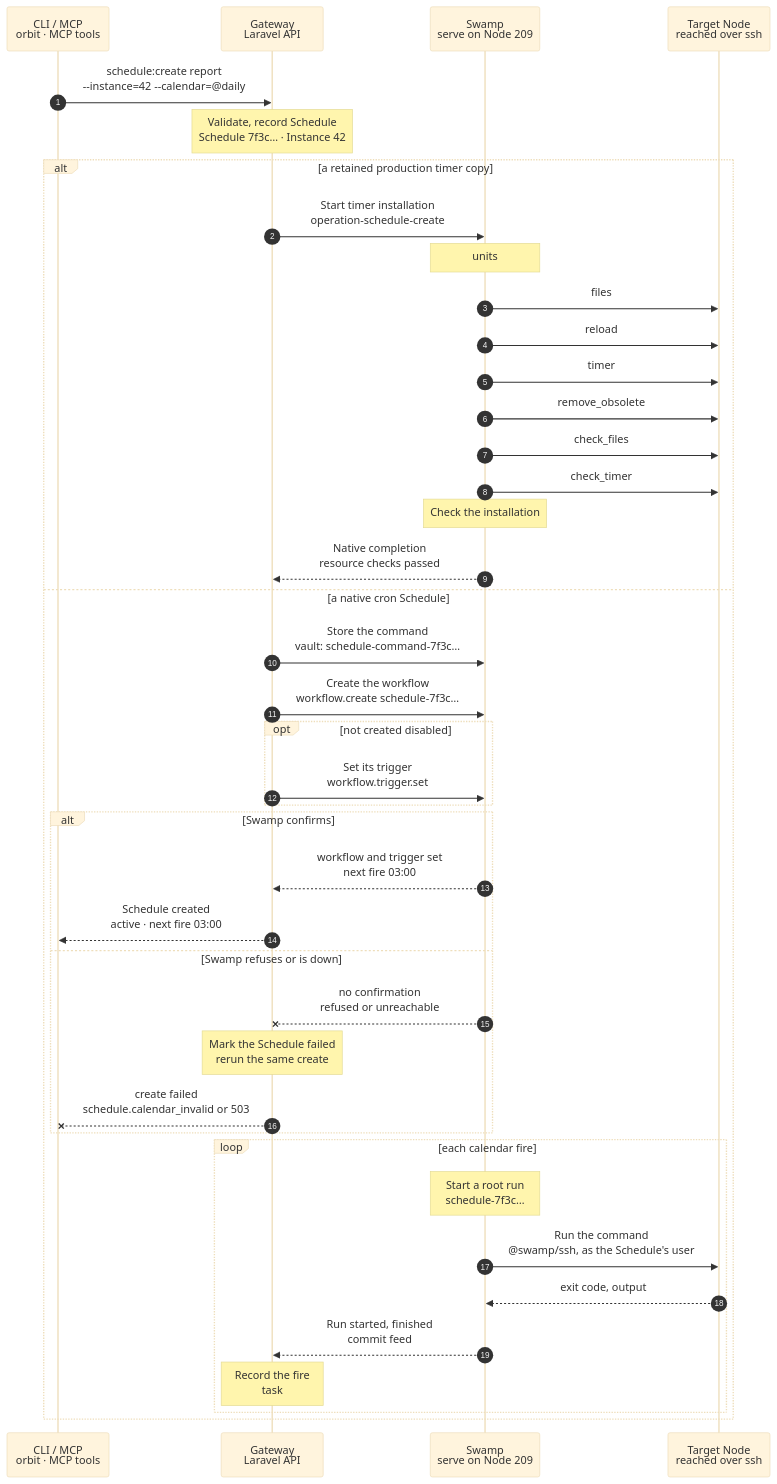
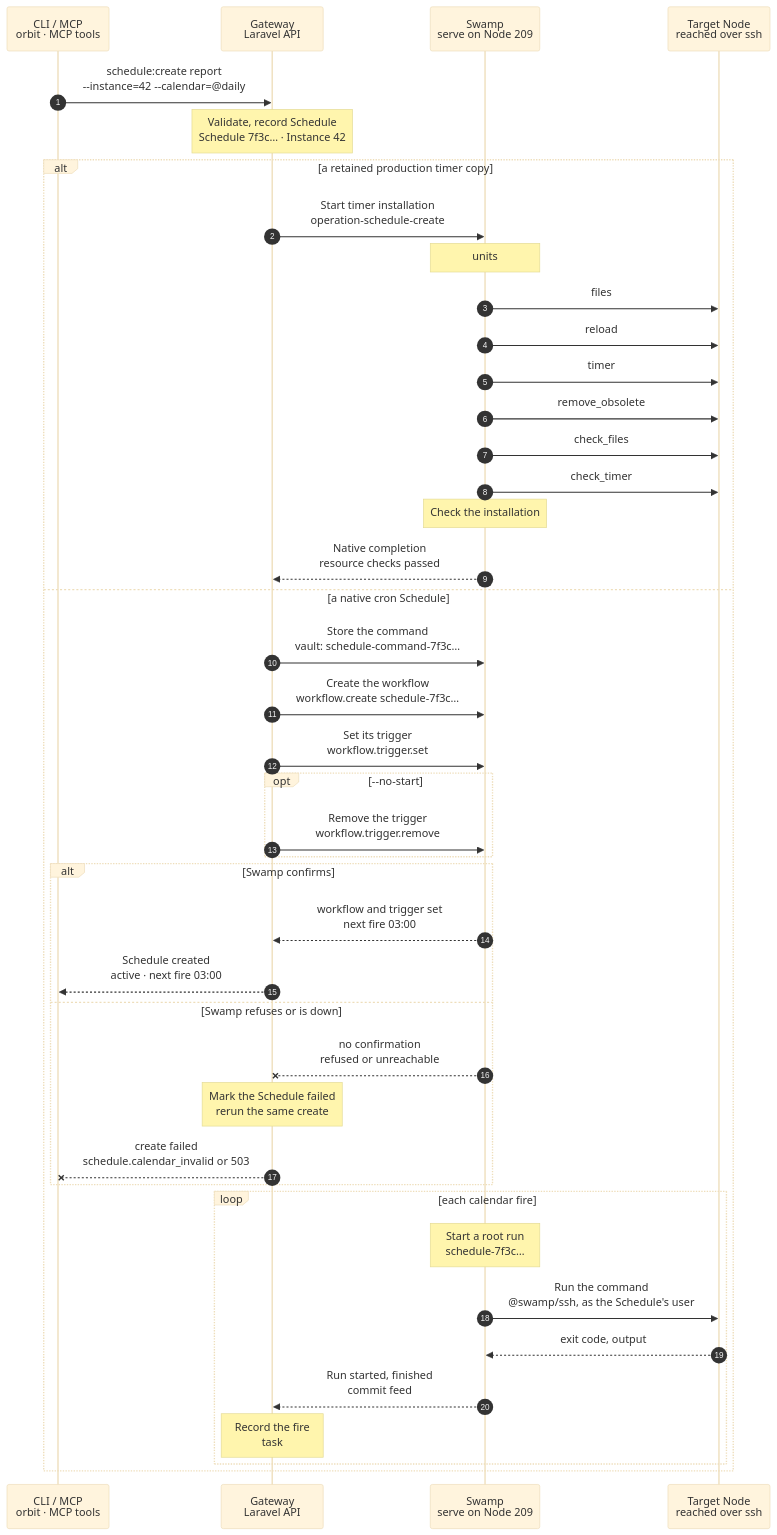
The diagram in docs/cli/schedule/create.mmd (hardimpactdev/orbit), drawn with Mermaid (base theme) before and after one commit. The commit also changed 5 other files, not shown here.

First line of the commit message:
docs(cli): draw route and schedule charts with a required-only main path

```diff
--- a/docs/cli/schedule/create.mmd
+++ b/docs/cli/schedule/create.mmd
@@ -1,154 +1,162 @@
 sequenceDiagram
   %% Target design: ADR 0244 native Swamp schedules, one Swamp workflow per Schedule (Nick 2026-11-02), retained production Node timers use official resources; R1-R3 and rule 14.
+  %% Rule 23: 2026-11-03 required-only main path.
   %% status: migrated
   %% command: schedule:create
   %% kind: schedule.create
   autonumber
   %% lane CLI icon=terminal pill=caller tone=gray
   %% lane GW icon=gateway pill=intent tone=blue
   %% lane SW icon=workflow pill=executes tone=green
   %% lane N icon=server pill=target tone=amber
   participant CLI as CLI / MCP<br/>orbit · MCP tools
   participant GW as Gateway<br/>Laravel API
   participant SW as Swamp<br/>serve on Node 209
   participant N as Target Node<br/>reached over ssh
   CLI->>GW: schedule:create report<br/>--instance=42 --calendar=@daily
   %%> Command:
-  %%> - `orbit schedule:create report --instance=42 --calendar='0 3 * * *' --command='php artisan report:send' --timeout=600`
+  %%> - `orbit schedule:create report --instance=42 --calendar='0 3 * * *' --command='php artisan report:send'`
   %%> - syntax: `<name> (--node=ID | --instance=ID | --project=ID --for=production) --calendar=CALENDAR --command=COMMAND [--timeout=SECONDS] [--no-start] [--idempotency-key=KEY]`
   %%> Input:
   %%> - the name as the argument, unique for its Node or Instance
   %%> - exactly one owner: a Node, an Instance, or a Project definition
-  %%> - the calendar, the command line and the timeout (default 3,600 seconds)
+  %%> - the calendar and the command line
   %%> Calendar:
   %%> - a cron expression, the format Swamp schedules use, for example `0 3 * * *`, a 6-field form with seconds such as `20 * * * * *`, or a shorthand such as `@hourly` or `@daily`
   %%> - it fires in serve's time zone (UTC); a Swamp trigger carries no time zone
   %%> - existing systemd calendars are converted once during the migration
-  %%> - optionally `--no-start`, to create a Node or Instance Schedule disabled
+  %%> Optional:
+  %%> - `--timeout=SECONDS`: the execution timeout; the default is 3,600 seconds; it adds no step
+  %%> - `--no-start`: create a Node or Instance Schedule disabled; it removes the trigger instead of setting it
+  %%> - `--idempotency-key` and `--json` change no step
   %%> Who can call it:
   %%> - the `orbit` CLI and the MCP tool send the same request
   Note over GW: Validate, record Schedule<br/>Schedule 7f3c… · Instance 42
   %%> Requirements:
   %%> - your Node has an access grant to Node 12, which runs Instance 42
   %%> - Instance 42 is active; a production Instance has a selected release
   %%> - the name, calendar, command and timeout are valid
   %%> - Instance 42 has no Schedule with this name and another specification (`schedule.retry_conflict`)
   %%> Derives from the Placement:
   %%> - the user, the working directory and the shell the command runs with
   %%> Result:
   %%> - Schedule 7f3c… recorded, with its desired state `enabled`, or `disabled` with `--no-start`
   %%> - an identical create returns the existing Schedule
   %%> With `--project`:
   %%> - only a Project Schedule definition is recorded (R1); the answer comes at once
   %%> - production preparation later copies it into a disabled Instance Schedule; a cron calendar makes a native copy, a systemd calendar a Node timer
   %%> Exception:
   %%> - production's per-minute schedulers (`laravel-scheduler`, `powersync-health`) keep their systemd timer on the Node until the serve load and outage test passes (ADR 0244)
   %%> - all other Node and Instance Schedules are native Swamp schedules on 209
   alt a retained production timer copy
     GW->>SW: Start timer installation<br/>operation-schedule-create
     %%> Inputs:
     %%> - the captured public Schedule intent for the Node timer exception
     Note over SW: units
     %%> What it does:
     %%> - render the public service and timer units without command bytes
     SW->>N: files
     %%> What it does:
     %%> - apply both unit files through official file resources
     SW->>N: reload
     %%> What it does:
     %%> - reload systemd after the unit files are written
     SW->>N: timer
     %%> What it does:
     %%> - apply the captured enabled and running state through official systemd
     SW->>N: remove_obsolete
     %%> What it does:
     %%> - remove the obsolete script and completion files through official file resources
     SW->>N: check_files
     %%> What it does:
     %%> - check both unit files and the absence of the two obsolete files
     SW->>N: check_timer
     %%> What it does:
     %%> - check the captured timer state through official systemd
     Note over SW: Check the installation
     %%> What it does:
     %%> - native assert requires every resource check to be compliant
     SW-->>GW: Native completion<br/>resource checks passed
     %%> Result:
     %%> - the Gateway records readiness from the same terminal history read
   else a native cron Schedule
     GW->>SW: Store the command<br/>vault: schedule-command-7f3c…
     %%> What it does:
     %%> - pushes the command line to a Swamp vault key on 209 (R3)
     %%> Why:
     %%> - the command is operator input; it never goes into workflow files, run inputs or step output
     GW->>SW: Create the workflow<br/>workflow.create schedule-7f3c…
     %%> What it does:
     %%> - creates one small Swamp workflow for this Schedule on serve (Node 209), then writes its content with `workflow.edit`
     %%> - its one step calls the shared `task-command-run` as a nested workflow
     %%> - nothing is installed on Node 12; there is no Node work, so no run starts (R1)
     %%> Fixed inside:
     %%> - the full intent: Schedule 7f3c…, Node 12's address and SSH host keys, the user, the working directory, the shell and the timeout
     %%> - the command's vault key name, never the command itself
     %%> Stored:
     %%> - in serve's `workflows/` directory beside the checked-in workflows; a release load keeps it
     %%> - the Gateway's Schedule record stays the source; an identical create writes it again
-    opt not created disabled
-      GW->>SW: Set its trigger<br/>workflow.trigger.set
+    GW->>SW: Set its trigger<br/>workflow.trigger.set
+    %%> What it does:
+    %%> - sets the cron trigger of `schedule-7f3c…` on serve
+    %%> When:
+    %%> - always, unless `--no-start` replaces it with the next step
+    opt --no-start
+      GW->>SW: Remove the trigger<br/>workflow.trigger.remove
       %%> What it does:
-      %%> - sets the cron trigger of `schedule-7f3c…` on serve
-      %%> When:
-      %%> - skipped with `--no-start`; `schedule:enable` sets it later
+      %%> - replaces "Set its trigger": removes any trigger of `schedule-7f3c…` on serve
+      %%> - the Schedule is recorded `disabled`; `schedule:enable` sets the trigger later
     end
     alt Swamp confirms
       SW-->>GW: workflow and trigger set<br/>next fire 03:00
       %%> Returns:
       %%> - the workflow exists and its trigger is active, with its next fire time
       GW-->>CLI: Schedule created<br/>active · next fire 03:00
       %%> Result:
       %%> - Schedule 7f3c… becomes active, only after Swamp confirms
       %%> - with `--no-start`: active and disabled, with no trigger
       %%> - task #5140 is recorded as succeeded at once (R1)
       %%> What you get:
       %%> - the Schedule and its next fire, at once; there is nothing to follow
     else Swamp refuses or is down
       SW--xGW: no confirmation<br/>refused or unreachable
       %%> When:
       %%> - Swamp refuses the calendar, or serve on 209 does not answer
       Note over GW: Mark the Schedule failed<br/>rerun the same create
       %%> Result:
       %%> - Schedule 7f3c… stays recorded, marked failed, with its error code
       %%> - the vault key and a created workflow without a trigger may stay; they start nothing
       %%> Retry:
       %%> - run the same command again; an identical create writes the workflow and its trigger again
       GW--xCLI: create failed<br/>schedule.calendar_invalid or 503
       %%> Returns:
       %%> - `schedule.calendar_invalid` (422) for a refused calendar
       %%> - `swamp.schedule_publish_unavailable` (503) when serve does not answer
     end
     loop each calendar fire
       Note over SW: Start a root run<br/>schedule-7f3c…
       %%> What it does:
       %%> - serve fires the trigger and starts one root run of `schedule-7f3c…` on 209
       %%> - its step runs `task-command-run` with the fixed intent, within the Schedule's timeout
       %%> Timing:
       %%> - serve runs up to 4 scheduled runs at once; a fire can start late when all are busy
       %%> - a Schedule never overlaps itself; a fire due while the last one runs waits
       SW->>N: Run the command<br/>@swamp/ssh, as the Schedule's user
       %%> How:
       %%> - checks the user and the working directory on Node 12
       %%> - reads the command with `vault.get` and sends it on stdin
       %%> Runs as:
       %%> - the Schedule's user, in its working directory, with its shell
       N-->>SW: exit code, output
       %%> Returns:
       %%> - the exit code; the output stays in the Swamp step
       SW-->>GW: Run started, finished<br/>commit feed
       %%> How the Gateway learns it:
       %%> - its shared run reader sees the root run start and end; Swamp never calls the Gateway
       Note over GW: Record the fire<br/>task #5141 · trigger: schedule
       %%> Result:
       %%> - each fire becomes a task, with trigger `schedule`, recorded when it starts
       %%> - when it ends, the task gets the nested result, such as `schedule.target_unavailable` or `schedule.run_failed`
       %%> - `last_run_at` and `last_run_status` of Schedule 7f3c… are set when it ends
     end
   end
```
